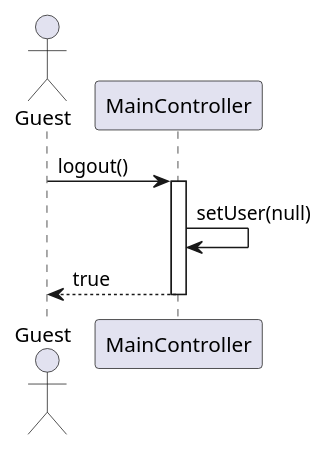
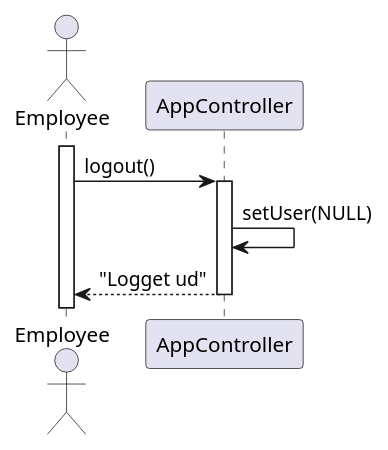
One commit to rwiuff/02161ExamProject changed the diagram in RequirementsAndDesign/SequenceDiagrams/seq_logout.puml. Above: the diagram before and after it, drawn with PlantUML. The commit also changed 38 other files, not shown here.

Commit message:
Cleanup in graphics

```diff
--- a/RequirementsAndDesign/SequenceDiagrams/seq_logout.puml
+++ b/RequirementsAndDesign/SequenceDiagrams/seq_logout.puml
@@ -1,12 +1,11 @@
-@startuml
-actor "Guest" as guest
-participant "MainController" as app
+@startuml Logout
+actor "Employee" as em
+participant "AppController" as app
 
-guest -> app : logout()
+activate em
+em -> app : logout()
 activate app
-
-app -> app : setUser(null)
-
-return true
-
+app -> app : setUser(NULL)
+app --> em : "Logget ud"
+deactivate app
 @enduml
```
